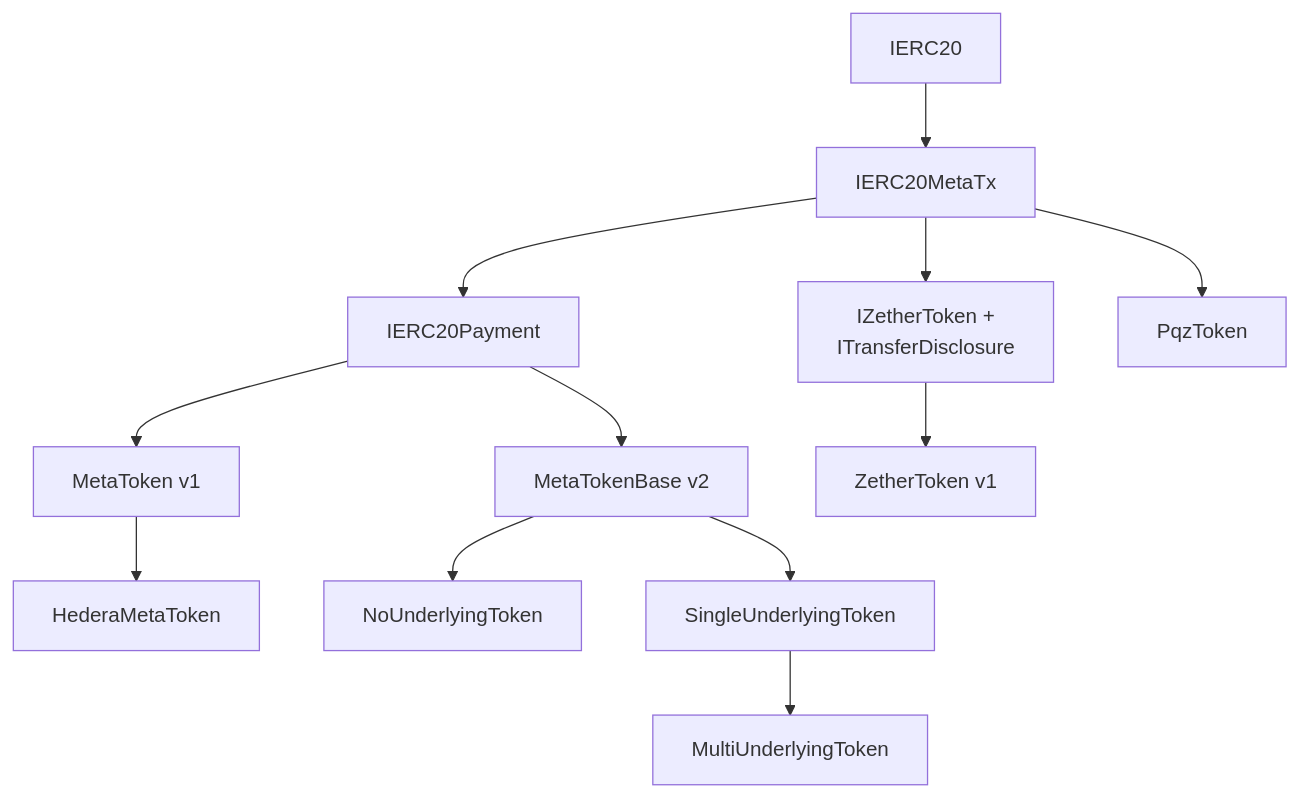
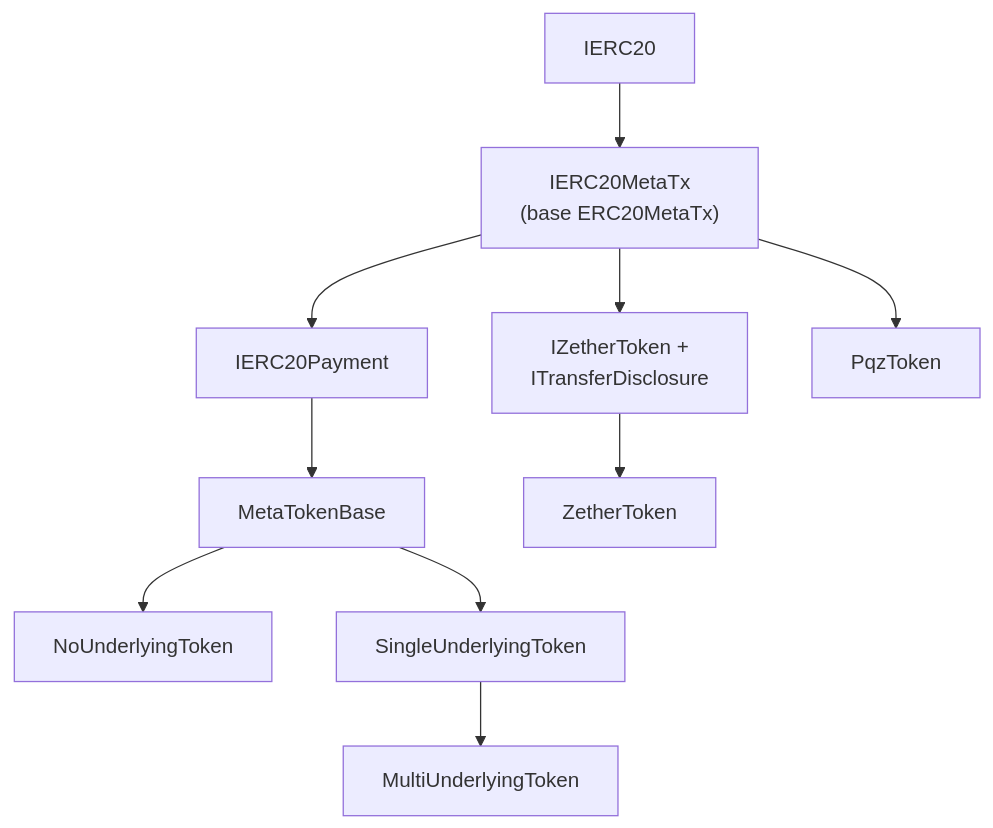
Before and after one commit to dinhduongha/scaas: the first of 2 diagrams in docs/contracts/token-wrappers.md, drawn with Mermaid. The commit also changed other lines of this file and 30 other files, not shown here.

````diff
--- a/docs/contracts/token-wrappers.md
+++ b/docs/contracts/token-wrappers.md
@@ -11,10 +13,9 @@
 ```mermaid
 flowchart TD
-    E20[IERC20] --> MTX[IERC20MetaTx]
+    E20[IERC20] --> MTX["IERC20MetaTx<br/>(base ERC20MetaTx)"]
     MTX --> PAY[IERC20Payment] & ZI["IZetherToken +<br/>ITransferDisclosure"] & PQZ[PqzToken]
-    PAY --> V1["MetaToken v1"] & B2["MetaTokenBase v2"]
-    V1 --> HV1[HederaMetaToken]
+    PAY --> B2[MetaTokenBase]
     B2 --> NU[NoUnderlyingToken] & SU[SingleUnderlyingToken]
     SU --> MU[MultiUnderlyingToken]
-    ZI --> ZT["ZetherToken v1"]
+    ZI --> ZT[ZetherToken]
 ```
````
